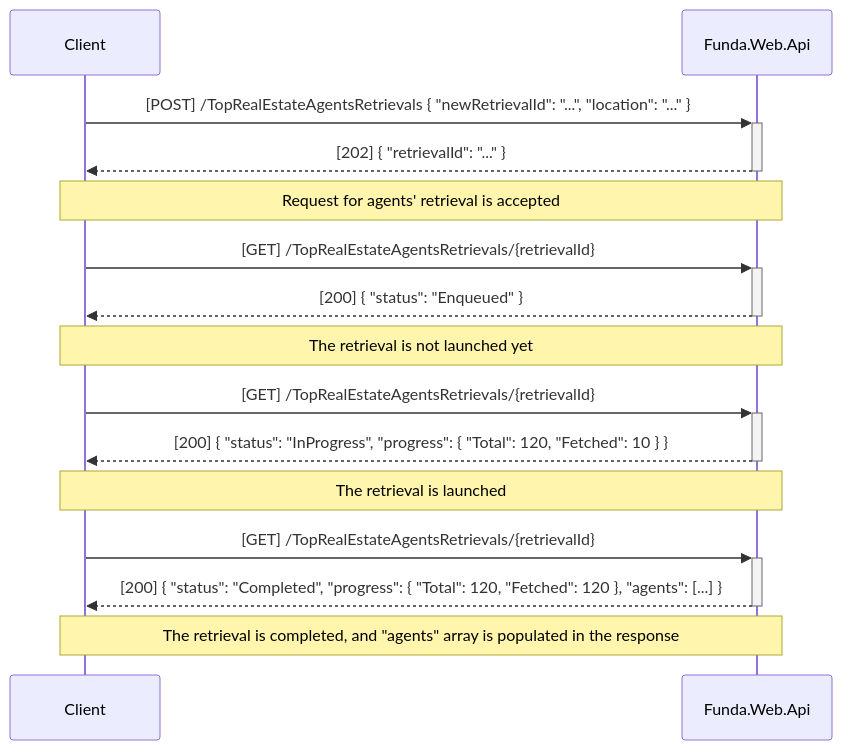
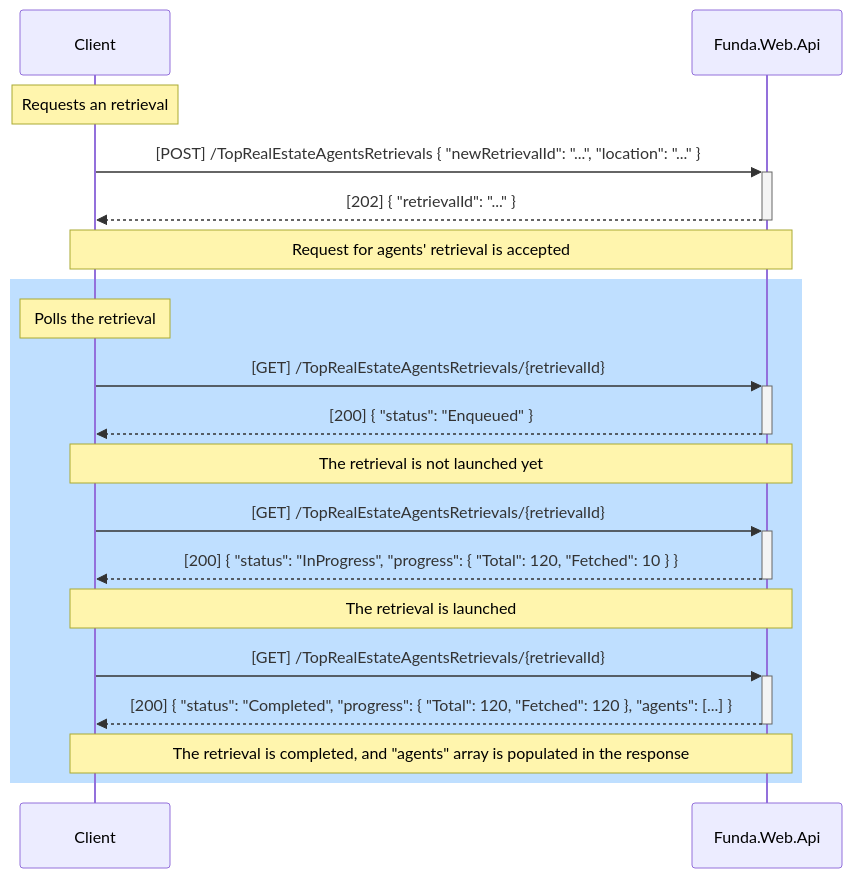
Before and after one commit to AVykhrystyuk/funda: the first of 2 diagrams in README.md, drawn with Mermaid.

Commit message:
Update sequenceDiagram in README.md

````diff
--- a/README.md
+++ b/README.md
@@ -28,19 +28,24 @@
 ```mermaid
 %% This diagram needs to be rendered, for example, GitHub renders it by default.
 sequenceDiagram
+    Note over Client: Requests an retrieval
     Client->>+Funda.Web.Api: [POST] /TopRealEstateAgentsRetrievals { "newRetrievalId": "...", "location": "..." }
     Funda.Web.Api-->>-Client: [202] { "retrievalId": "..." }
     Note over Client,Funda.Web.Api: Request for agents' retrieval is accepted
     
+    rect rgb(191, 223, 255)
+    
+    Note over Client: Polls the retrieval
     Client->>+Funda.Web.Api: [GET] /TopRealEstateAgentsRetrievals/{retrievalId}
     Funda.Web.Api-->>-Client: [200] { "status": "Enqueued" }
     Note over Client,Funda.Web.Api: The retrieval is not launched yet
         
     Client->>+Funda.Web.Api: [GET] /TopRealEstateAgentsRetrievals/{retrievalId}
     Funda.Web.Api-->>-Client: [200] { "status": "InProgress", "progress": { "Total": 120, "Fetched": 10 } }
     Note over Client,Funda.Web.Api: The retrieval is launched
     
     Client->>+Funda.Web.Api: [GET] /TopRealEstateAgentsRetrievals/{retrievalId}
     Funda.Web.Api-->>-Client: [200] { "status": "Completed", "progress": { "Total": 120, "Fetched": 120 }, "agents": [...] }
     Note over Client,Funda.Web.Api: The retrieval is completed, and "agents" array is populated in the response
+    end
 ```
````
